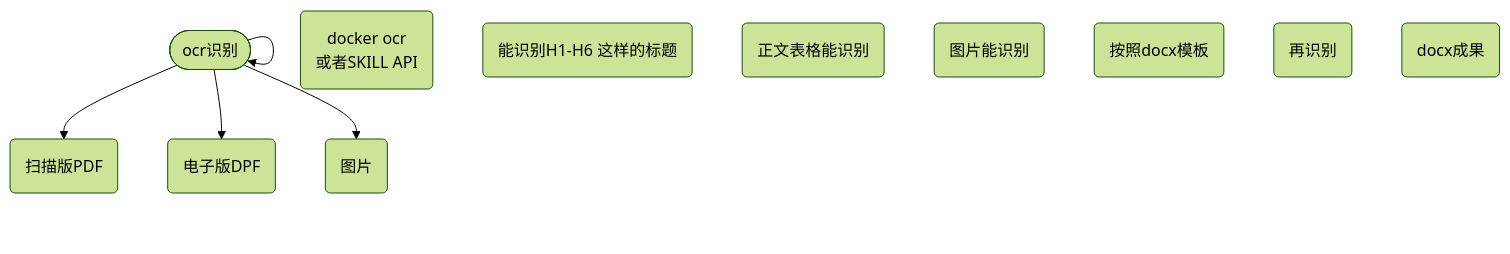
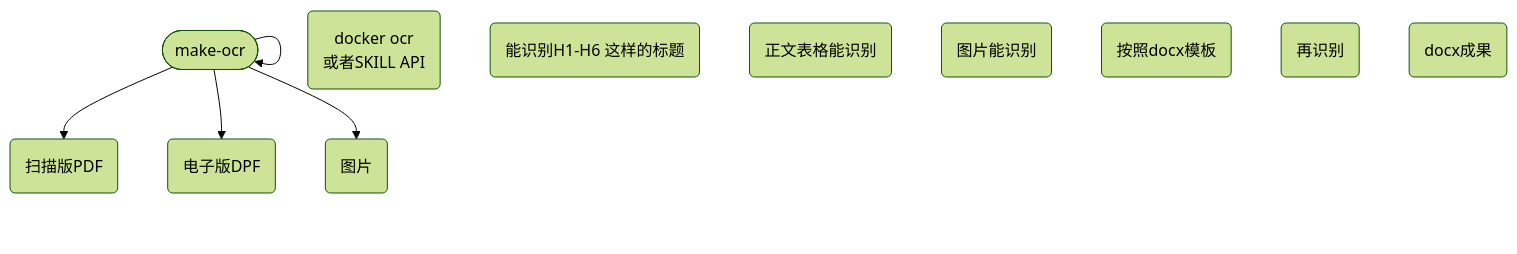
The diagram in notes/未命名_da3b1e9d-46b8-4fe8-a207-538027b2306b.md (fireflysss/mermaid-notes), drawn with Mermaid (forest theme) before and after one commit. The commit also changed 3 other files, not shown here.

Commit message:
Sync Mermaid Studio data (12 diagrams)

````diff
--- a/notes/未命名_da3b1e9d-46b8-4fe8-a207-538027b2306b.md
+++ b/notes/未命名_da3b1e9d-46b8-4fe8-a207-538027b2306b.md
@@ -3,19 +3,19 @@
 ```mermaid
 flowchart TD
-  n_0(["ocr识别"])
+  n_0(["make-ocr"])
   n_1("扫描版PDF")
   n_2("电子版DPF")
   n_3("docker ocr<br/>或者SKILL API")
   n_4("图片")
   n_5("能识别H1-H6 这样的标题")
   n_6("正文表格能识别")
   n_7("图片能识别")
   n_8("按照docx模板")
   n_9("再识别")
   n_10("docx成果")
   n_0 --> n_0
   n_0 --> n_1
   n_0 --> n_2
   n_0 --> n_4
 
 ```
````
